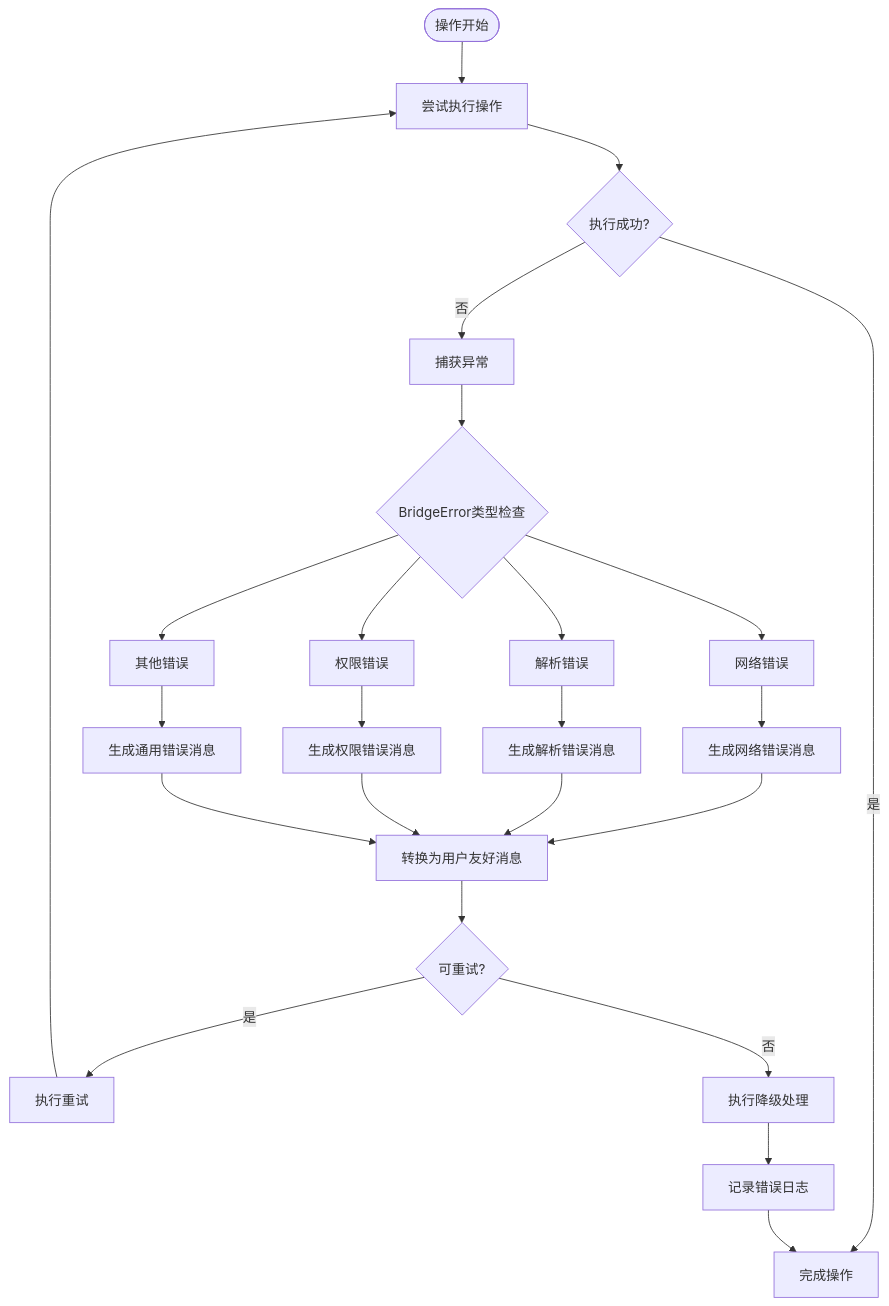
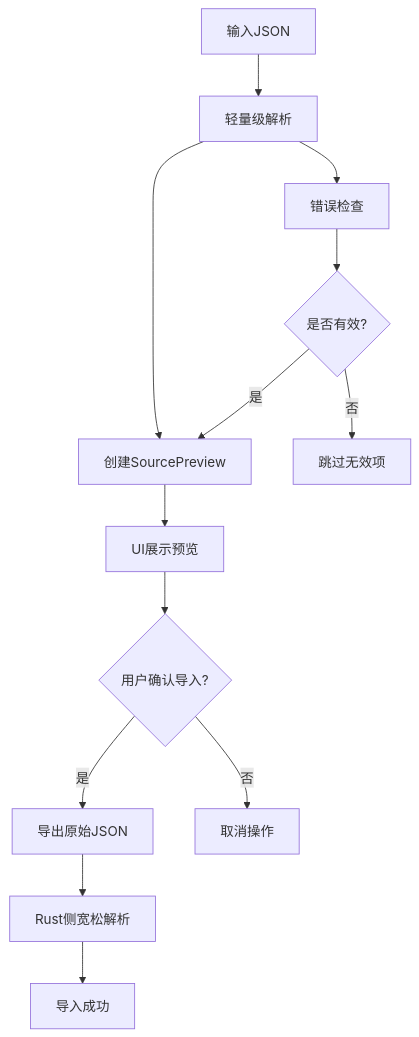
The eighth of 9 diagrams in .qoder/repowiki/zh/content/Flutter跨平台应用/状态管理/源Provider/源Provider.md (ZhangGHGitHub/LegadoTeamFlutter), drawn with Mermaid before and after one commit. The commit also changed other lines of this file and 173 other files, not shown here.

````diff
--- a/.qoder/repowiki/zh/content/Flutter跨平台应用/状态管理/源Provider/源Provider.md
+++ b/.qoder/repowiki/zh/content/Flutter跨平台应用/状态管理/源Provider/源Provider.md
@@ -385,26 +508,15 @@
 ```mermaid
 flowchart TD
-Start(["操作开始"]) --> TryExecute["尝试执行操作"]
-TryExecute --> Success{"执行成功?"}
-Success --> |是| Complete["完成操作"]
-Success --> |否| CatchError["捕获异常"]
-CatchError --> TypeCheck{"BridgeError类型检查"}
-TypeCheck --> NetworkErr["网络错误"]
-TypeCheck --> ParseErr["解析错误"]
-TypeCheck --> PermissionErr["权限错误"]
-TypeCheck --> OtherErr["其他错误"]
-NetworkErr --> NetworkMsg["生成网络错误消息"]
-ParseErr --> ParseMsg["生成解析错误消息"]
-PermissionErr --> PermissionMsg["生成权限错误消息"]
-OtherErr --> OtherMsg["生成通用错误消息"]
-NetworkMsg --> UserFriendly["转换为用户友好消息"]
-ParseMsg --> UserFriendly
-PermissionMsg --> UserFriendly
-OtherMsg --> UserFriendly
-UserFriendly --> RetryCheck{"可重试?"}
-RetryCheck --> |是| Retry["执行重试"]
-RetryCheck --> |否| Fallback["执行降级处理"]
-Retry --> TryExecute
-Fallback --> Log["记录错误日志"]
-Log --> Complete
+Input["输入JSON"] --> Parse["轻量级解析"]
+Parse --> Preview["创建SourcePreview"]
+Preview --> Display["UI展示预览"]
+Display --> Confirm{"用户确认导入?"}
+Confirm --> |是| RawExport["导出原始JSON"]
+RawExport --> Rust["Rust侧宽松解析"]
+Rust --> Success["导入成功"]
+Confirm --> |否| Cancel["取消操作"]
+Parse --> ErrorCheck["错误检查"]
+ErrorCheck --> Valid{"是否有效?"}
+Valid --> |否| Skip["跳过无效项"]
+Valid --> |是| Preview
 ```
````
